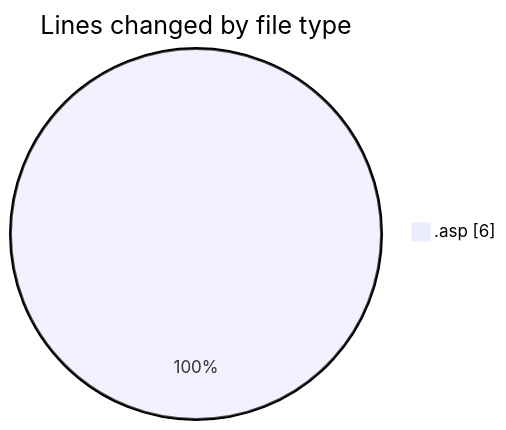
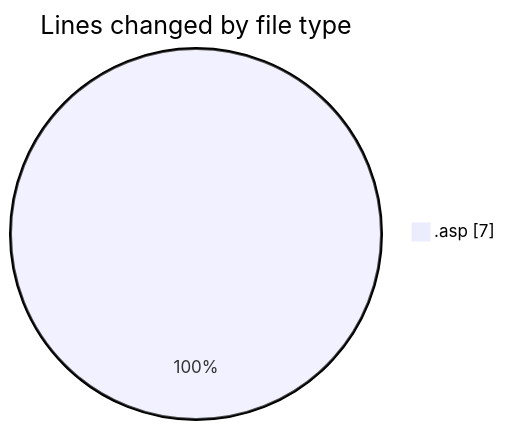
One commit to julien-gomy/code-tracking changed the first of 2 diagrams in 2025-11-02/cdp_aleoudev_fr__workspace_/README.md. Above: the diagram before and after it, drawn with Mermaid. The commit also changed other lines of this file and 1 other file, not shown here.

````diff
--- a/2025-11-02/cdp_aleoudev_fr__workspace_/README.md
+++ b/2025-11-02/cdp_aleoudev_fr__workspace_/README.md
@@ -20,5 +20,5 @@
 ```mermaid
 pie showData
 title Lines changed by file type
-".asp" : 6
+".asp" : 7
 ```
````
